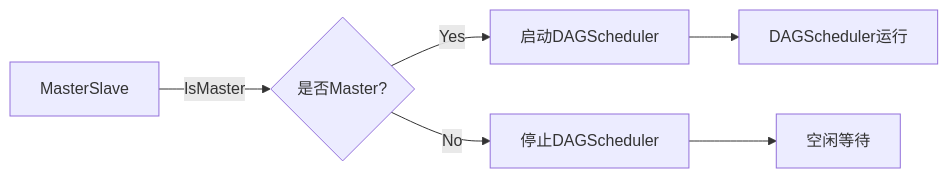
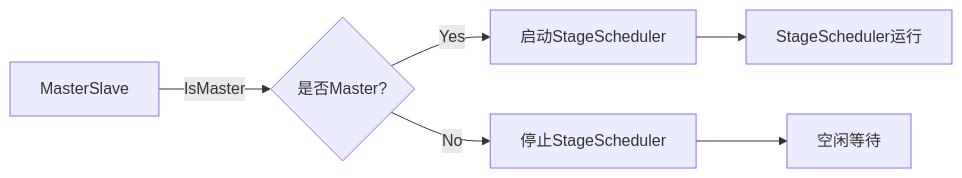
One commit to njuxumq/agent-eval-server changed the first of 4 diagrams in docs/designs/details/scheduler/主从模式设计.md. Above: the diagram before and after it, drawn with Mermaid. The commit also changed other lines of this file and 15 other files, not shown here.

````diff
--- a/docs/designs/details/scheduler/主从模式设计.md
+++ b/docs/designs/details/scheduler/主从模式设计.md
@@ -220,8 +220,8 @@
 ```mermaid
 flowchart LR
     MS[MasterSlave] -->|"IsMaster"| Decision{是否Master?}
-    Decision -->|"Yes"| Start[启动DAGScheduler]
-    Decision -->|"No"| Stop[停止DAGScheduler]
-    Start --> Scheduler[DAGScheduler运行]
+    Decision -->|"Yes"| Start[启动StageScheduler]
+    Decision -->|"No"| Stop[停止StageScheduler]
+    Start --> Scheduler[StageScheduler运行]
     Stop --> Idle[空闲等待]
 ```
````
